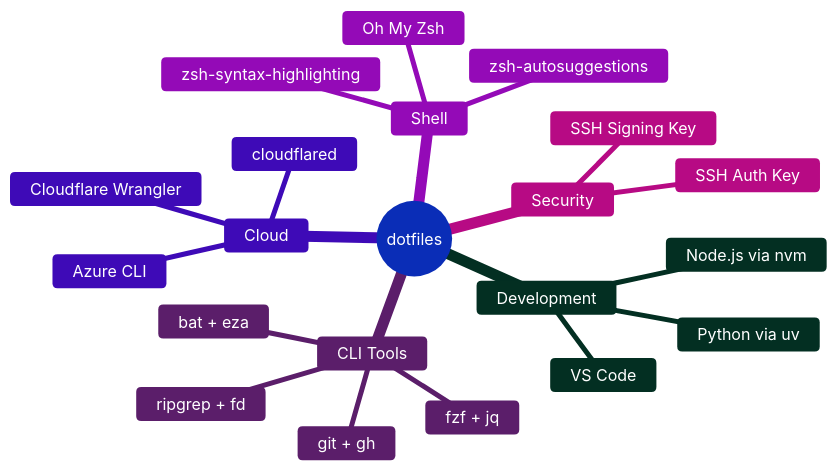
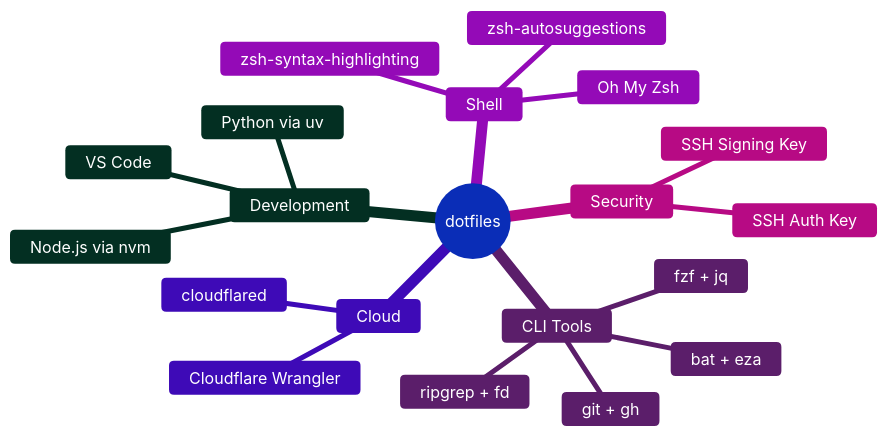
Before and after one commit to jamesfdavis/dotfiles: the second of 5 diagrams in README.md, drawn with Mermaid. The commit also changed other lines of this file and 7 other files, not shown here.

First line of the commit message:
Remove Azure CLI dependencies

````diff
--- a/README.md
+++ b/README.md
@@ -52,25 +52,24 @@
 ```mermaid
 %%{init: {'theme': 'base', 'themeVariables': { 'primaryColor': '#4c6ef5', 'primaryTextColor': '#fff', 'primaryBorderColor': '#364fc7', 'lineColor': '#868e96', 'secondaryColor': '#ae3ec9', 'tertiaryColor': '#0ca678' }}}%%
 mindmap
   root((dotfiles))
     CLI Tools
       git + gh
       ripgrep + fd
       fzf + jq
       bat + eza
     Development
       Node.js via nvm
       Python via uv
       VS Code
     Cloud
       Cloudflare Wrangler
-      Azure CLI
       cloudflared
     Shell
       Oh My Zsh
       zsh-autosuggestions
       zsh-syntax-highlighting
     Security
       SSH Auth Key
       SSH Signing Key
 ```
````
